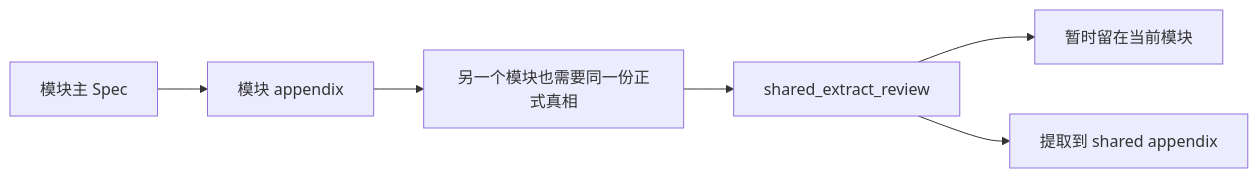
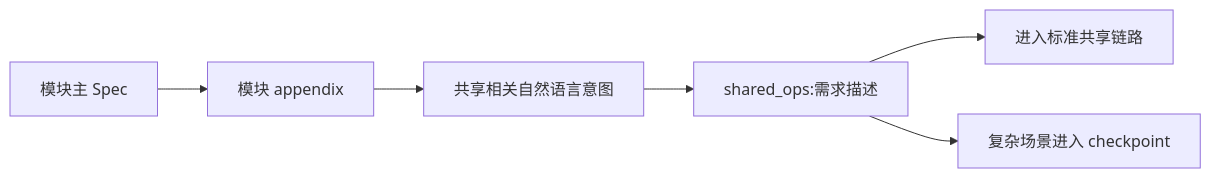
One commit to mfblog/specflow changed the eighth of 9 diagrams in README.zh-CN.md. Above: the diagram before and after it, drawn with Mermaid. The commit also changed other lines of this file and 2 other files, not shown here.

Commit message:
Clarify spec_flow_review shared governance scope

````diff
--- a/README.zh-CN.md
+++ b/README.zh-CN.md
@@ -557,8 +557,8 @@
 ```mermaid
 flowchart LR
     A["模块主 Spec"] --> B["模块 appendix"]
-    B --> C["另一个模块也需要同一份正式真相"]
-    C --> D["shared_extract_review"]
-    D --> E["暂时留在当前模块"]
-    D --> F["提取到 shared appendix"]
+    B --> C["共享相关自然语言意图"]
+    C --> D["shared_ops:需求描述"]
+    D --> E["进入标准共享链路"]
+    D --> F["复杂场景进入 checkpoint"]
 ```
````
